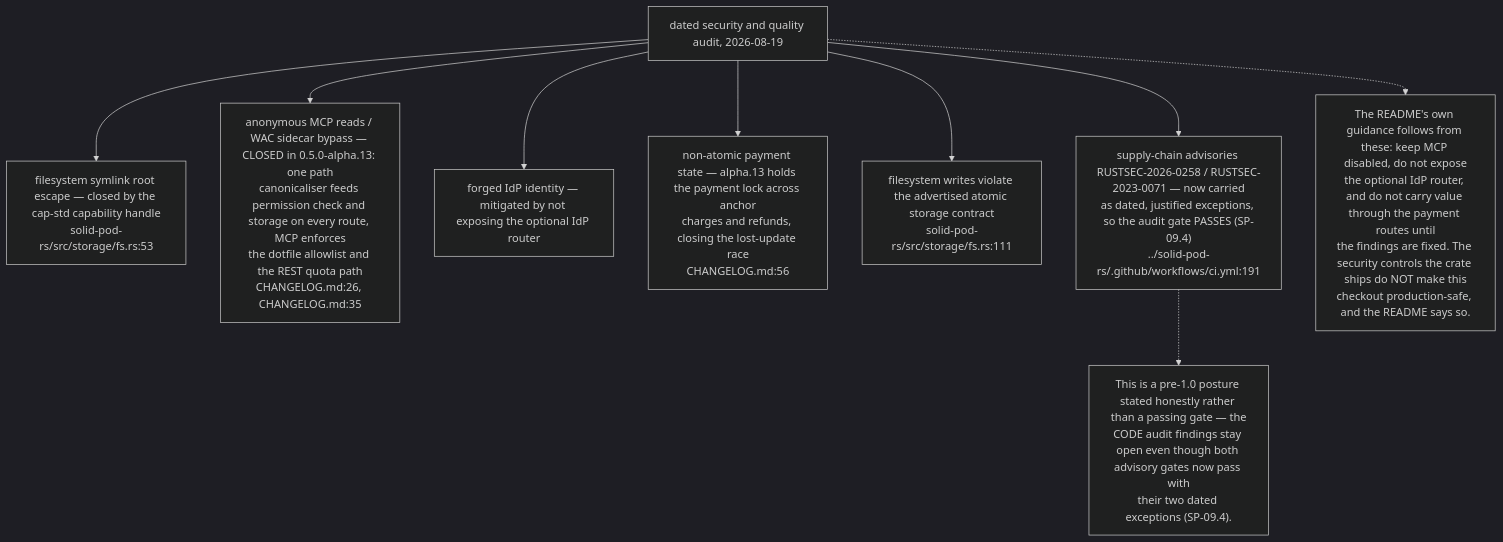
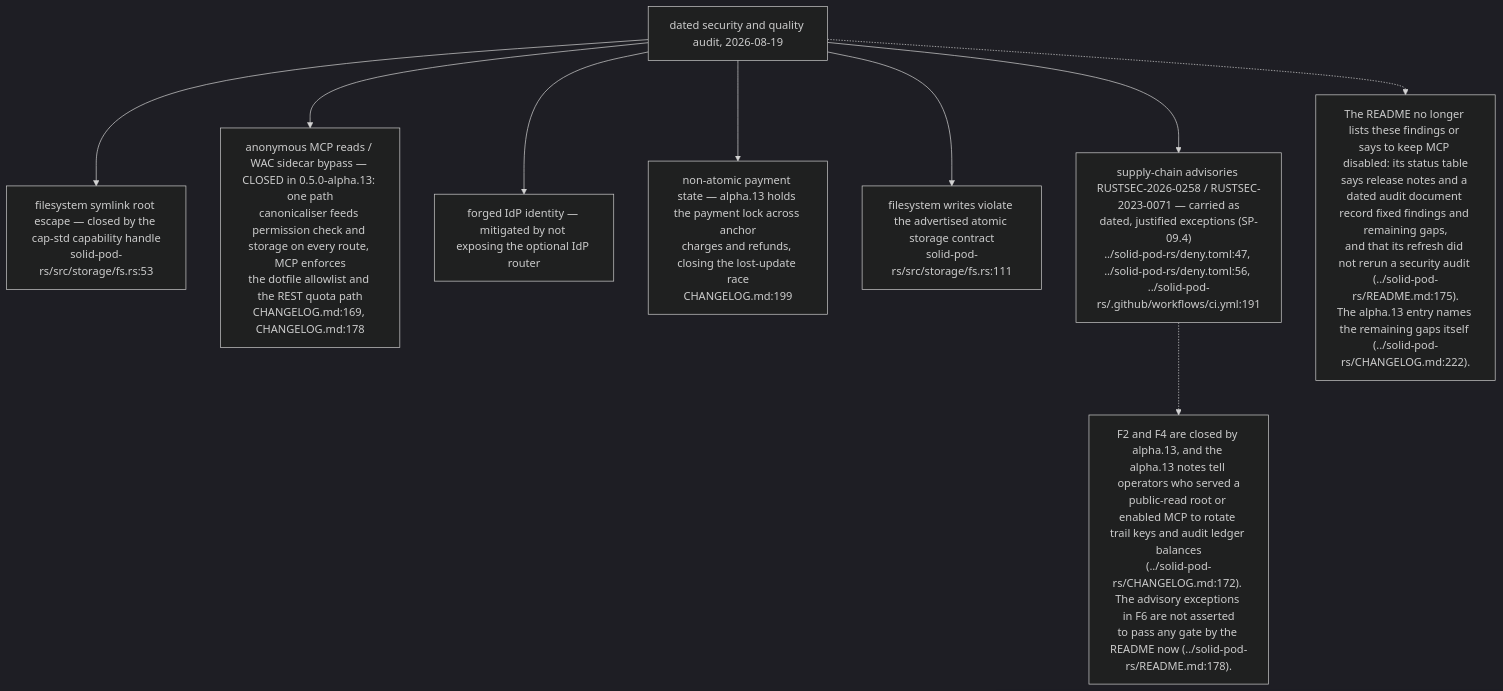
The eighth of 12 diagrams in docs/diagrams/solid-pod-rs/10-failure-modes-and-invariants.md (DreamLab-AI/VisionFlow), drawn with Mermaid (dark theme) before and after one commit. The commit also changed other lines of this file and 160 other files, not shown here.

````diff
--- a/docs/diagrams/solid-pod-rs/10-failure-modes-and-invariants.md
+++ b/docs/diagrams/solid-pod-rs/10-failure-modes-and-invariants.md
@@ -222,22 +227,22 @@
 ```mermaid
 flowchart TD
     A["dated security and quality audit, 2026-08-19"]
     F1["filesystem symlink root escape — closed by the cap-std capability handle<br/>solid-pod-rs/src/storage/fs.rs:53"]
-    F2["anonymous MCP reads / WAC sidecar bypass — CLOSED in 0.5.0-alpha.13: one path<br/>canonicaliser feeds permission check and storage on every route, MCP enforces<br/>the dotfile allowlist and the REST quota path<br/>CHANGELOG.md:26, CHANGELOG.md:35"]
+    F2["anonymous MCP reads / WAC sidecar bypass — CLOSED in 0.5.0-alpha.13: one path<br/>canonicaliser feeds permission check and storage on every route, MCP enforces<br/>the dotfile allowlist and the REST quota path<br/>CHANGELOG.md:169, CHANGELOG.md:178"]
     F3["forged IdP identity — mitigated by not exposing the optional IdP router"]
-    F4["non-atomic payment state — alpha.13 holds the payment lock across anchor<br/>charges and refunds, closing the lost-update race<br/>CHANGELOG.md:56"]
+    F4["non-atomic payment state — alpha.13 holds the payment lock across anchor<br/>charges and refunds, closing the lost-update race<br/>CHANGELOG.md:199"]
     F5["filesystem writes violate the advertised atomic storage contract<br/>solid-pod-rs/src/storage/fs.rs:111"]
-    F6["supply-chain advisories RUSTSEC-2026-0258 / RUSTSEC-2023-0071 — now carried<br/>as dated, justified exceptions, so the audit gate PASSES (SP-09.4)<br/>../solid-pod-rs/.github/workflows/ci.yml:191"]
+    F6["supply-chain advisories RUSTSEC-2026-0258 / RUSTSEC-2023-0071 — carried as<br/>dated, justified exceptions (SP-09.4)<br/>../solid-pod-rs/deny.toml:47, ../solid-pod-rs/deny.toml:56, ../solid-pod-rs/.github/workflows/ci.yml:191"]
 
     A --> F1
     A --> F2
     A --> F3
     A --> F4
     A --> F5
     A --> F6
 
-    N["The README's own guidance follows from these: keep MCP disabled, do not expose<br/>the optional IdP router, and do not carry value through the payment routes until<br/>the findings are fixed. The security controls the crate ships do NOT make this<br/>checkout production-safe, and the README says so."]
+    N["The README no longer lists these findings or says to keep MCP disabled: its status table<br/>says release notes and a dated audit document record fixed findings and remaining gaps,<br/>and that its refresh did not rerun a security audit (../solid-pod-rs/README.md:175).<br/>The alpha.13 entry names the remaining gaps itself (../solid-pod-rs/CHANGELOG.md:222)."]
     A -.-> N
-    N2["This is a pre-1.0 posture stated honestly rather than a passing gate — the<br/>CODE audit findings stay open even though both advisory gates now pass with<br/>their two dated exceptions (SP-09.4)."]
+    N2["F2 and F4 are closed by alpha.13, and the alpha.13 notes tell operators who served a<br/>public-read root or enabled MCP to rotate trail keys and audit ledger balances<br/>(../solid-pod-rs/CHANGELOG.md:172). The advisory exceptions in F6 are not asserted<br/>to pass any gate by the README now (../solid-pod-rs/README.md:178)."]
     F6 -.-> N2
 ```
````
